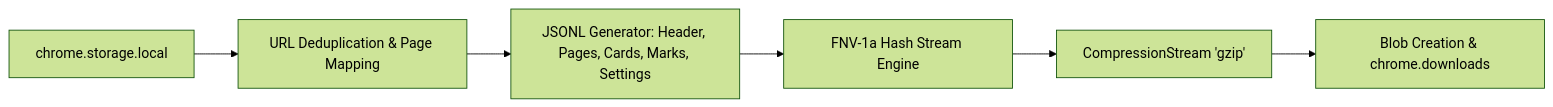
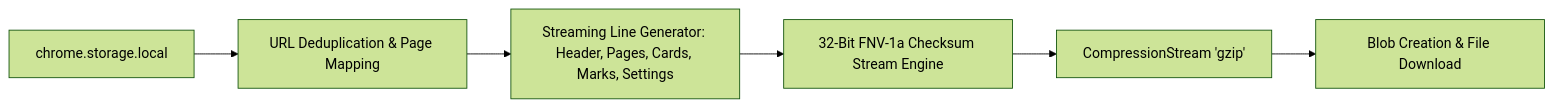
One commit to sdeanmol/algomonster-fsrs-extension changed the fourth of 6 diagrams in docs/architecture/data-flow.md. Above: the diagram before and after it, drawn with Mermaid (forest theme). The commit also changed other lines of this file and 4 other files, not shown here.

Commit message:
docs: update architecture and feature documentation files

````diff
--- a/docs/architecture/data-flow.md
+++ b/docs/architecture/data-flow.md
@@ -72,8 +96,8 @@
 ```mermaid
 flowchart LR
     A[chrome.storage.local] --> B[URL Deduplication & Page Mapping]
-    B --> C[JSONL Generator: Header, Pages, Cards, Marks, Settings]
-    C --> D[FNV-1a Hash Stream Engine]
+    B --> C[Streaming Line Generator: Header, Pages, Cards, Marks, Settings]
+    C --> D[32-Bit FNV-1a Checksum Stream Engine]
     D --> E[CompressionStream 'gzip']
-    E --> F[Blob Creation & chrome.downloads]
+    E --> F[Blob Creation & File Download]
 ```
````
